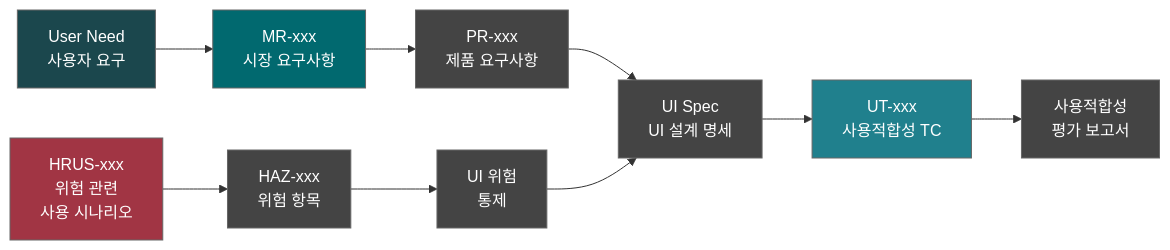
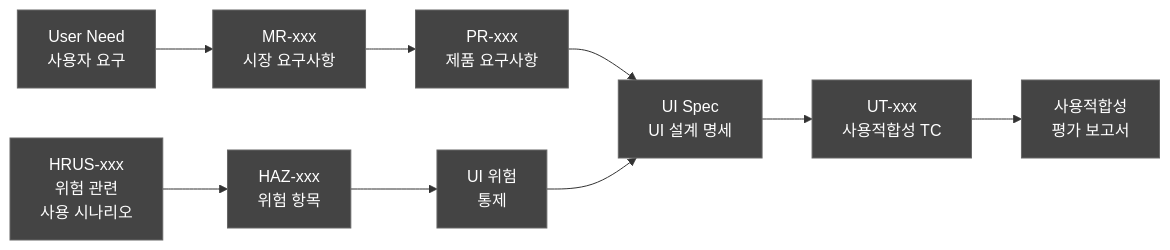
Before and after one commit to holee9/console-gui: the eighth of 8 diagrams in docs/testing/DOC-021_UsabilityFile_v1.0.md, drawn with Mermaid. The commit also changed other lines of this file and 35 other files, not shown here.

First line of the commit message:
fix: 전체 Mermaid 차트 색상 진한 회색 통일

````diff
--- a/docs/testing/DOC-021_UsabilityFile_v1.0.md
+++ b/docs/testing/DOC-021_UsabilityFile_v1.0.md
@@ -514,18 +514,18 @@
 ```mermaid
 graph LR
     classDef default fill:#444,stroke:#666,color:#fff
     UN[User Need<br/>사용자 요구] --> MR[MR-xxx<br/>시장 요구사항]
     MR --> PR[PR-xxx<br/>제품 요구사항]
     PR --> UIS[UI Spec<br/>UI 설계 명세]
     UIS --> UT_TC[UT-xxx<br/>사용적합성 TC]
     UT_TC --> UEF_R[사용적합성<br/>평가 보고서]
     
     HRUS[HRUS-xxx<br/>위험 관련<br/>사용 시나리오] --> HAZ[HAZ-xxx<br/>위험 항목]
     HAZ --> RC_UI[UI 위험<br/>통제]
     RC_UI --> UIS
     
-    style UN fill:#1B474D,color:#fff
-    style MR fill:#01696F,color:#fff
-    style UT_TC fill:#20808D,color:#fff
-    style HRUS fill:#A13544,color:#fff
+    style UN fill:#444,color:#fff
+    style MR fill:#444,color:#fff
+    style UT_TC fill:#444,color:#fff
+    style HRUS fill:#444,color:#fff
 ```
````
